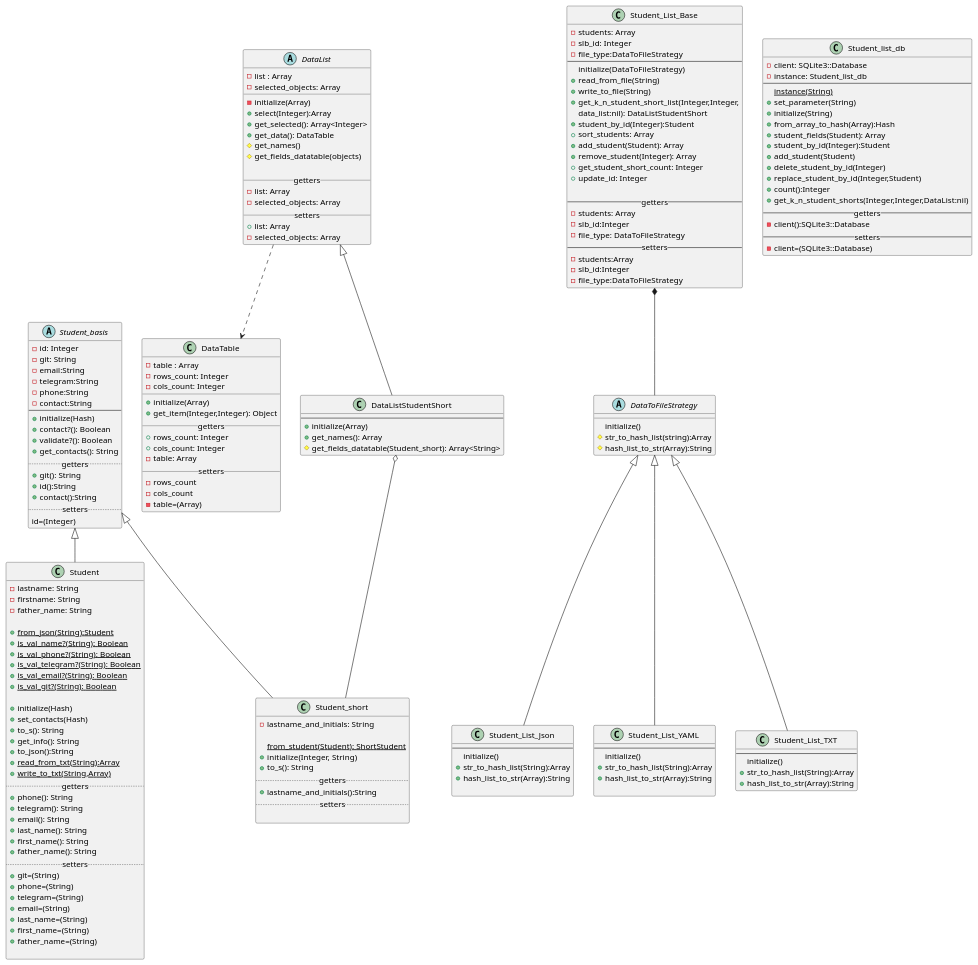
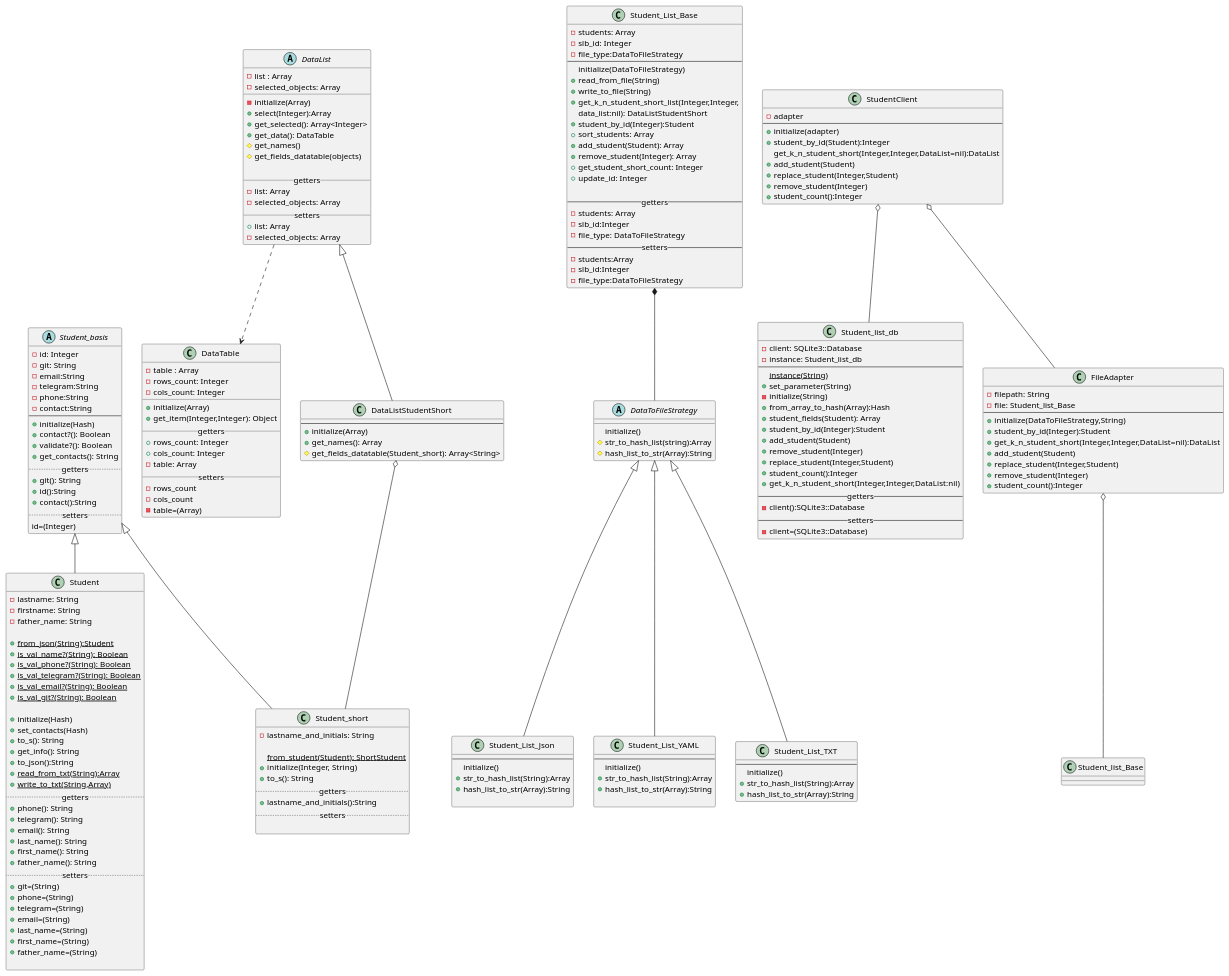
Before and after one commit to ColdEiler/pattern: the diagram in lab2/diagrams/student_diagrams.puml, drawn with PlantUML. The commit also changed 1 other file, not shown here.

Commit message:
диаграмма

```diff
--- a/lab2/diagrams/student_diagrams.puml
+++ b/lab2/diagrams/student_diagrams.puml
@@ -178,19 +178,47 @@
     --
     {static}instance(String)
     +set_parameter(String)
-    +initialize(String)
+    -initialize(String)
     +from_array_to_hash(Array):Hash
     +student_fields(Student): Array
     +student_by_id(Integer):Student
     +add_student(Student)
-    +delete_student_by_id(Integer)
-    +replace_student_by_id(Integer,Student)
-    +count():Integer
-    +get_k_n_student_shorts(Integer,Integer,DataList:nil)
+    +remove_student(Integer)
+    +replace_student(Integer,Student)
+    +student_count():Integer
+    +get_k_n_student_short(Integer,Integer,DataList:nil)
     --getters--
     -client():SQLite3::Database
     --setters--
     -client=(SQLite3::Database)    
 }
 
+class FileAdapter{
+    -filepath: String
+    -file: Student_list_Base
+    --
+    +initialize(DataToFileStrategy,String)
+    +student_by_id(Integer):Student
+    +get_k_n_student_short(Integer,Integer,DataList=nil):DataList
+    +add_student(Student)
+    +replace_student(Integer,Student)
+    +remove_student(Integer)
+    +student_count():Integer
+}
+FileAdapter o-- Student_list_Base
+
+class StudentClient{
+    -adapter
+    --
+    +initialize(adapter)
+    +student_by_id(Student):Integer
+    get_k_n_student_short(Integer,Integer,DataList=nil):DataList
+    +add_student(Student)
+    +replace_student(Integer,Student)
+    +remove_student(Integer)
+    +student_count():Integer
+}
+StudentClient o-- FileAdapter
+StudentClient o-- Student_list_db
+
 @enduml
```
